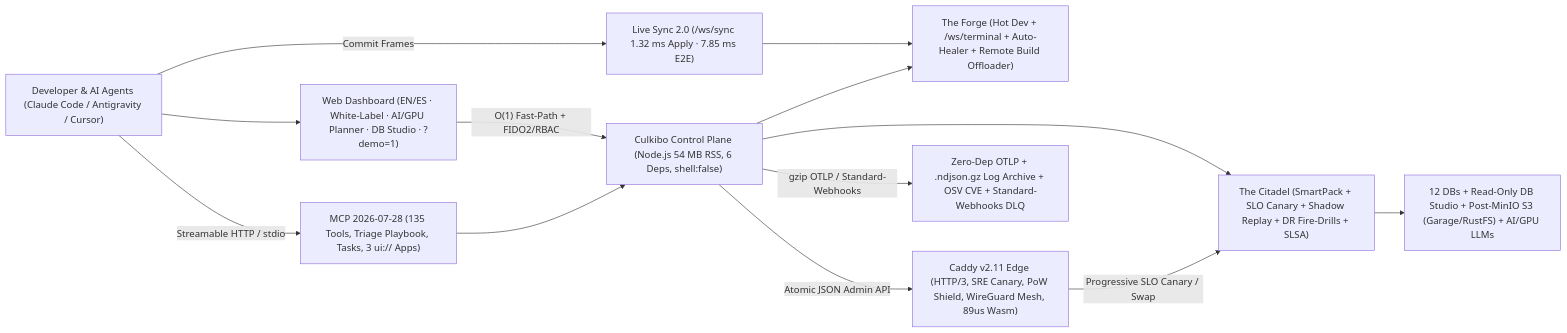
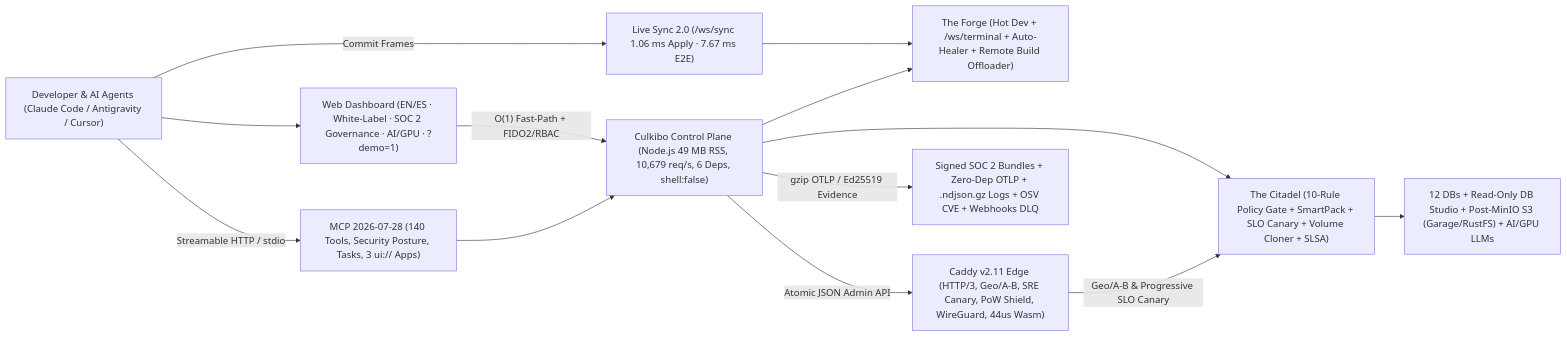
One commit to macaqueboy/culkibo changed the diagram in README.md. Above: the diagram before and after it, drawn with Mermaid. The commit also changed other lines of this file and 28 other files, not shown here.

Commit message:
feat(cycle-11): 56 Suites & 140 MCP Tools — Policy-as-Code Admission Gate, Ed25519 SOC2/ISO27001/GDPR Bundle, Stateful Volume Migration, Caddy Geo/A-B & 100/100 UI

````diff
--- a/README.md
+++ b/README.md
@@ -187,26 +186,26 @@
 ```mermaid
 flowchart LR
     Dev["Developer & AI Agents (Claude Code / Antigravity / Cursor)"]
-    UI["Web Dashboard (EN/ES · White-Label · AI/GPU Planner · DB Studio · ?demo=1)"]
-    MCP["MCP 2026-07-28 (135 Tools, Triage Playbook, Tasks, 3 ui:// Apps)"]
-    Sync["Live Sync 2.0 (/ws/sync 1.32 ms Apply · 7.85 ms E2E)"]
-    CP["Culkibo Control Plane (Node.js 54 MB RSS, 6 Deps, shell:false)"]
+    UI["Web Dashboard (EN/ES · White-Label · SOC 2 Governance · AI/GPU · ?demo=1)"]
+    MCP["MCP 2026-07-28 (140 Tools, Security Posture, Tasks, 3 ui:// Apps)"]
+    Sync["Live Sync 2.0 (/ws/sync 1.06 ms Apply · 7.67 ms E2E)"]
+    CP["Culkibo Control Plane (Node.js 49 MB RSS, 10,679 req/s, 6 Deps, shell:false)"]
     Forge["The Forge (Hot Dev + /ws/terminal + Auto-Healer + Remote Build Offloader)"]
-    Citadel["The Citadel (SmartPack + SLO Canary + Shadow Replay + DR Fire-Drills + SLSA)"]
-    Caddy["Caddy v2.11 Edge (HTTP/3, SRE Canary, PoW Shield, WireGuard Mesh, 89us Wasm)"]
-    Obs["Zero-Dep OTLP + .ndjson.gz Log Archive + OSV CVE + Standard-Webhooks DLQ"]
+    Citadel["The Citadel (10-Rule Policy Gate + SmartPack + SLO Canary + Volume Cloner + SLSA)"]
+    Caddy["Caddy v2.11 Edge (HTTP/3, Geo/A-B, SRE Canary, PoW Shield, WireGuard, 44us Wasm)"]
+    Obs["Signed SOC 2 Bundles + Zero-Dep OTLP + .ndjson.gz Logs + OSV CVE + Webhooks DLQ"]
     Data["12 DBs + Read-Only DB Studio + Post-MinIO S3 (Garage/RustFS) + AI/GPU LLMs"]
 
     Dev -->|"Streamable HTTP / stdio"| MCP
     Dev -->|"Commit Frames"| Sync
     Dev --> UI
     UI -->|"O(1) Fast-Path + FIDO2/RBAC"| CP
     MCP --> CP
     Sync --> Forge
     CP --> Forge
     CP --> Citadel
     CP -->|"Atomic JSON Admin API"| Caddy
-    CP -->|"gzip OTLP / Standard-Webhooks"| Obs
+    CP -->|"gzip OTLP / Ed25519 Evidence"| Obs
     Citadel --> Data
-    Caddy -->|"Progressive SLO Canary / Swap"| Citadel
+    Caddy -->|"Geo/A-B & Progressive SLO Canary"| Citadel
 ```
````
